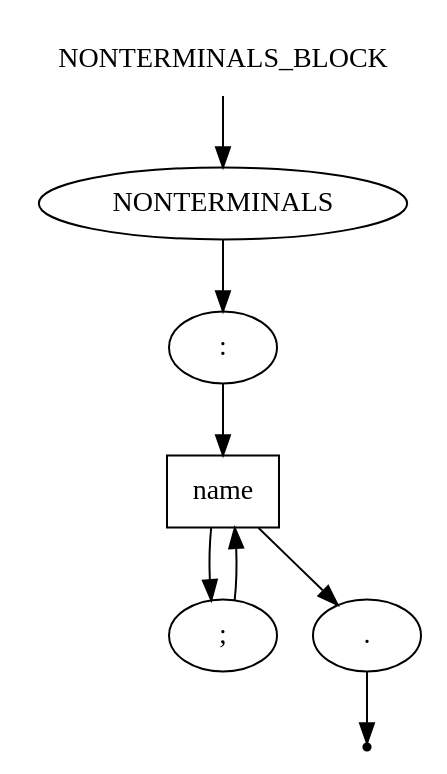
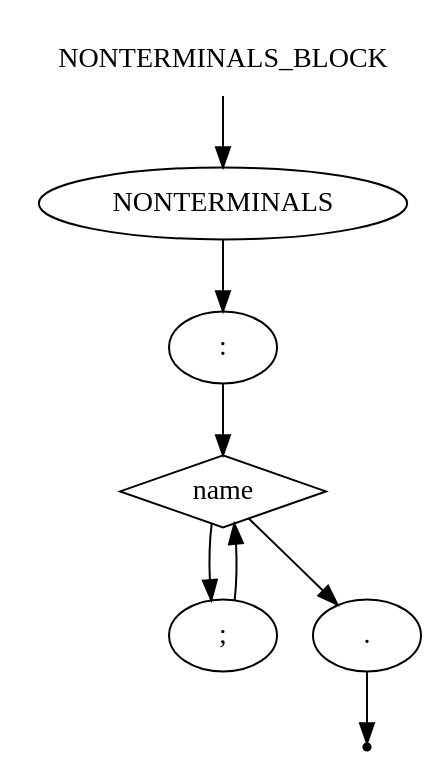
The diagram in _examples/ebnf/nonterminals_block.gv (aVorotnikov/dsl_generator), drawn with Graphviz before and after one commit. The commit also changed 6 other files, not shown here.

Commit message:
Update Virt diagrams specification

```diff
--- a/_examples/ebnf/nonterminals_block.gv
+++ b/_examples/ebnf/nonterminals_block.gv
@@ -1,16 +1,16 @@
 digraph NONTERMINALS_BLOCK {
     start [label=NONTERMINALS_BLOCK shape=plaintext]
     A [label=NONTERMINALS shape=oval]
     B [label=":" shape=oval]
-    C [label=name shape=box]
+    C [label=name shape=diamond]
     D [label=";" shape=oval]
     E [label="." shape=oval]
     end [label="" shape=point]
     start -> A
     A -> B
     B -> C
     C -> D
     C -> E
     D -> C
     E -> end
 }
```
